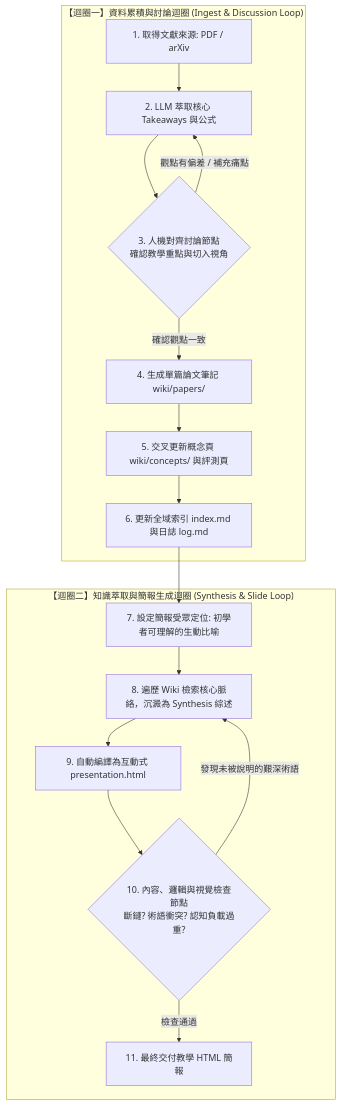
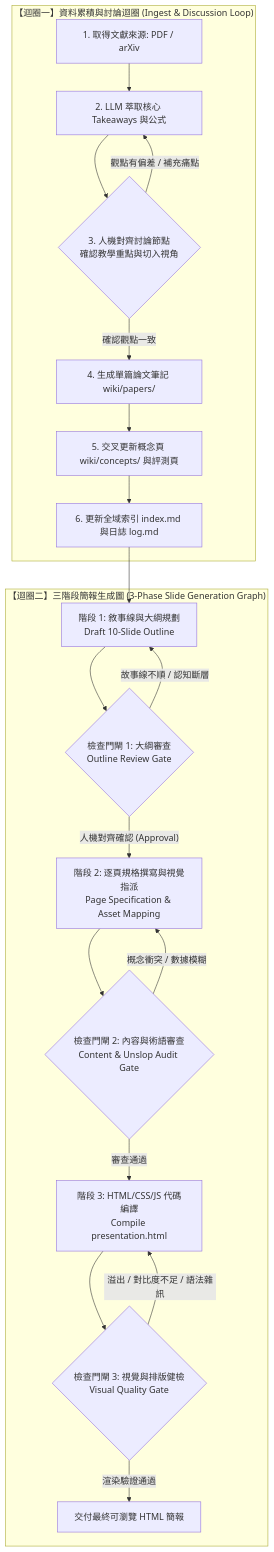
The diagram in ASSIGNMENT_REPORT.md (bluecat501/wiki-paper), drawn with Mermaid before and after one commit. The commit also changed other lines of this file and 1 other file, not shown here.

Commit message:
docs: document 3-phase slide generation graph execution, check gates, and remediation loop in report

````diff
--- a/ASSIGNMENT_REPORT.md
+++ b/ASSIGNMENT_REPORT.md
@@ -74,20 +76,24 @@
 ```mermaid
 flowchart TD
     subgraph Loop1 ["【迴圈一】資料累積與討論迴圈 (Ingest & Discussion Loop)"]
         A[1. 取得文獻來源: PDF / arXiv] --> B[2. LLM 萃取核心 Takeaways 與公式]
         B --> C{3. 人機對齊討論節點<br>確認教學重點與切入視角}
         C -- 觀點有偏差 / 補充痛點 --> B
         C -- 確認觀點一致 --> D[4. 生成單篇論文筆記 wiki/papers/]
         D --> E[5. 交叉更新概念頁 wiki/concepts/ 與評測頁]
         E --> F[6. 更新全域索引 index.md 與日誌 log.md]
     end
 
-    subgraph Loop2 ["【迴圈二】知識萃取與簡報生成迴圈 (Synthesis & Slide Loop)"]
-        F --> G[7. 設定簡報受眾定位: 初學者可理解的生動比喻]
-        G --> H[8. 遍歷 Wiki 檢索核心脈絡，沉澱為 Synthesis 綜述]
-        H --> I[9. 自動編譯為互動式 presentation.html]
-        I --> J{10. 內容、邏輯與視覺檢查節點<br>斷鏈? 術語衝突? 認知負載過重?}
-        J -- 發現未被說明的艱深術語 --> H
-        J -- 檢查通過 --> K[11. 最終交付教學 HTML 簡報]
+    subgraph Slide_Graph ["【迴圈二】三階段簡報生成圖 (3-Phase Slide Generation Graph)"]
+        F --> G[階段 1: 敘事線與大綱規劃<br>Draft 10-Slide Outline]
+        G --> Gate1{檢查門閘 1: 大綱審查<br>Outline Review Gate}
+        Gate1 -- 故事線不順 / 認知斷層 --> G
+        Gate1 -- 人機對齊確認 (Approval) --> H[階段 2: 逐頁規格撰寫與視覺指派<br>Page Specification & Asset Mapping]
+        H --> Gate2{檢查門閘 2: 內容與術語審查<br>Content & Unslop Audit Gate}
+        Gate2 -- 概念衝突 / 數據模糊 --> H
+        Gate2 -- 審查通過 --> I[階段 3: HTML/CSS/JS 代碼編譯<br>Compile presentation.html]
+        I --> Gate3{檢查門閘 3: 視覺與排版健檢<br>Visual Quality Gate}
+        Gate3 -- 溢出 / 對比度不足 / 語法雜訊 --> I
+        Gate3 -- 渲染驗證通過 --> J[交付最終可瀏覽 HTML 簡報]
     end
 ```
````
